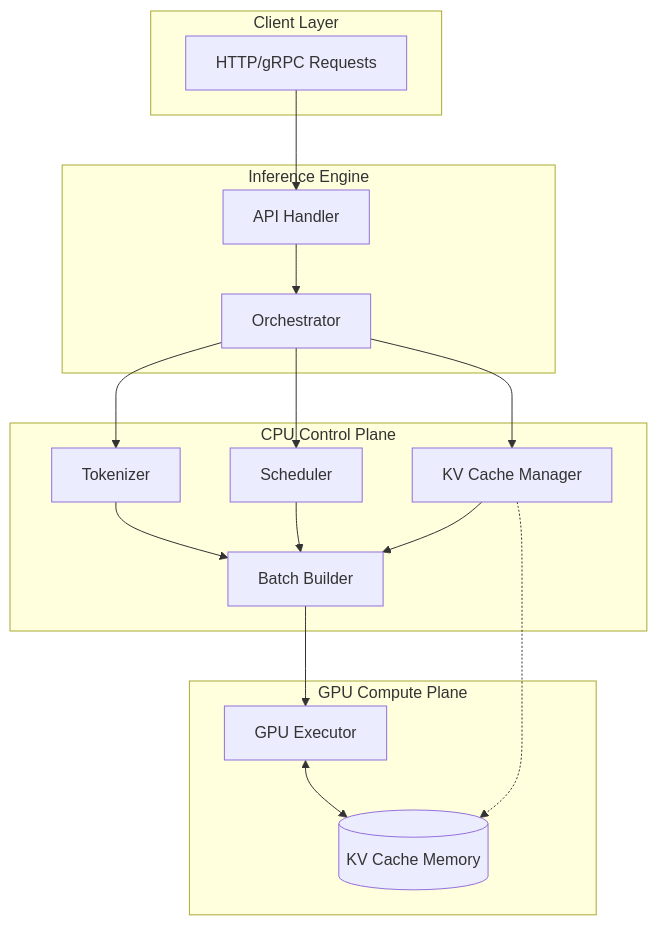
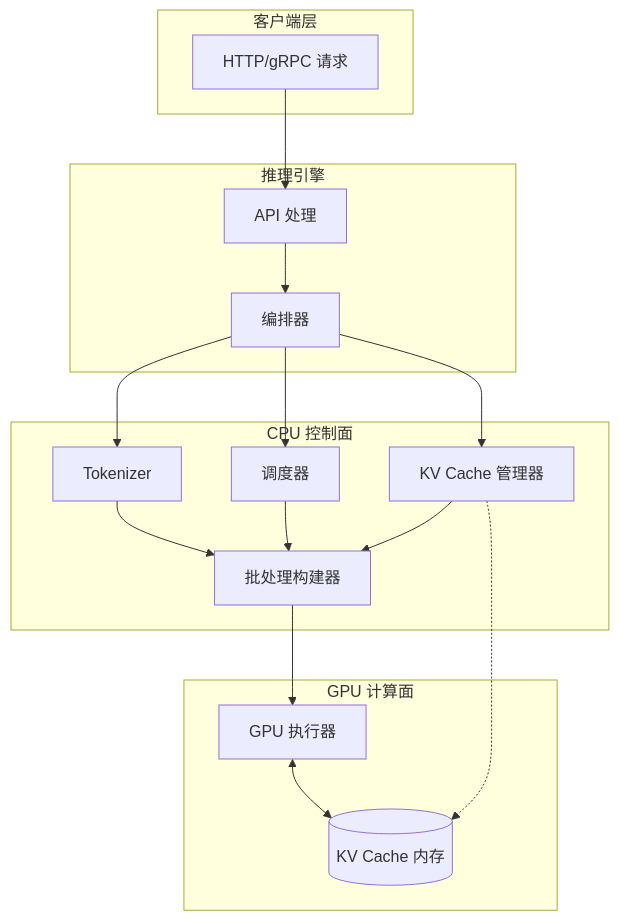
One commit to AICL-Lab/hetero-paged-infer changed the first of 5 diagrams in docs/zh/architecture/overview.md. Above: the diagram before and after it, drawn with Mermaid. The commit also changed other lines of this file and 26 other files, not shown here.

````diff
--- a/docs/zh/architecture/overview.md
+++ b/docs/zh/architecture/overview.md
@@ -16,35 +16,35 @@
 ```mermaid
 flowchart TB
-    subgraph Client["Client Layer"]
-        Req[HTTP/gRPC Requests]
+    subgraph Client["客户端层"]
+        Req[HTTP/gRPC 请求]
     end
-    
-    subgraph Engine["Inference Engine"]
-        API[API Handler]
-        ORCH[Orchestrator]
+
+    subgraph Engine["推理引擎"]
+        API[API 处理]
+        ORCH[编排器]
     end
-    
-    subgraph CPU["CPU Control Plane"]
+
+    subgraph CPU["CPU 控制面"]
         T[Tokenizer]
-        S[Scheduler]
-        KVM[KV Cache Manager]
-        BB[Batch Builder]
+        S[调度器]
+        KVM[KV Cache 管理器]
+        BB[批处理构建器]
     end
-    
-    subgraph GPU["GPU Compute Plane"]
-        GE[GPU Executor]
-        KC[(KV Cache Memory)]
+
+    subgraph GPU["GPU 计算面"]
+        GE[GPU 执行器]
+        KC[(KV Cache 内存)]
     end
-    
+
     Req --> API
     API --> ORCH
     ORCH --> T
     ORCH --> S
     ORCH --> KVM
     T --> BB
     S --> BB
     KVM --> BB
     BB --> GE
     GE <--> KC
     KVM -.-> KC
 ```
````
